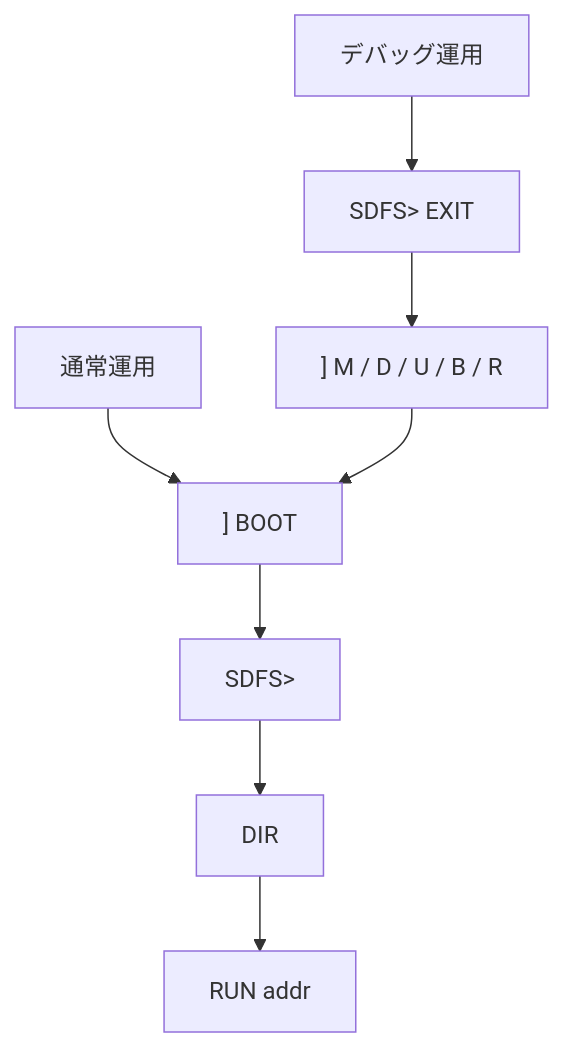
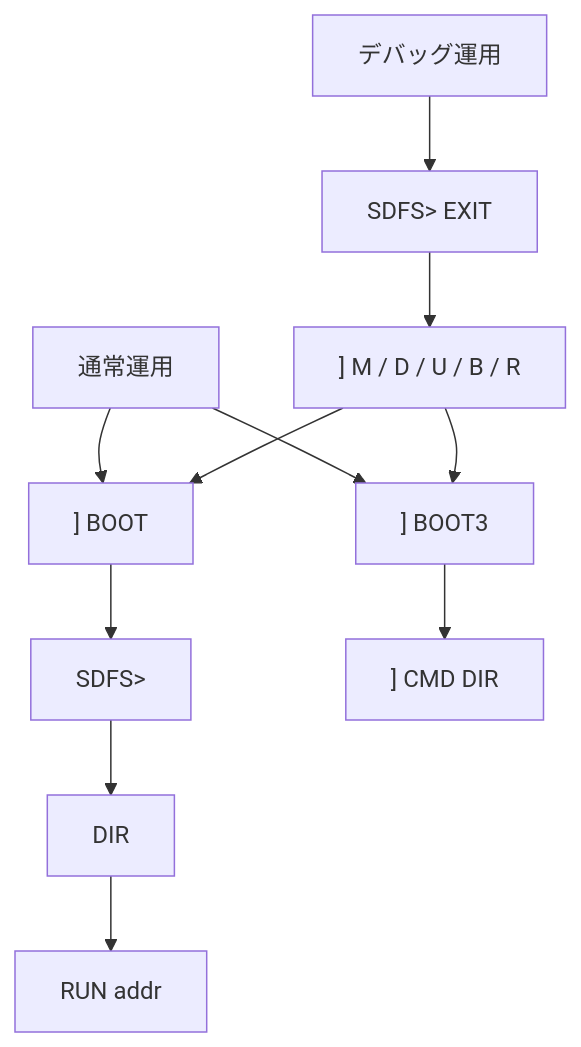
One commit to kuninet/mc6800-rom-monitor changed the diagram in docs/usage/sdfs68_system_sd.md. Above: the diagram before and after it, drawn with Mermaid. The commit also changed other lines of this file and 8 other files, not shown here.

````diff
--- a/docs/usage/sdfs68_system_sd.md
+++ b/docs/usage/sdfs68_system_sd.md
@@ -9,15 +10,19 @@
 ```mermaid
 flowchart TD
     NORMAL["通常運用"]
     BOOT["] BOOT"]
+    BOOT3["] BOOT3"]
     SDFS["SDFS>"]
+    CMD["] CMD DIR"]
     DIR["DIR"]
     RUN["RUN addr"]
     DEBUG["デバッグ運用"]
     EXIT["SDFS> EXIT"]
     ROM["] M / D / U / B / R"]
 
     NORMAL --> BOOT --> SDFS --> DIR --> RUN
+    NORMAL --> BOOT3 --> CMD
     DEBUG --> EXIT --> ROM
     ROM --> BOOT
+    ROM --> BOOT3
 ```
````
